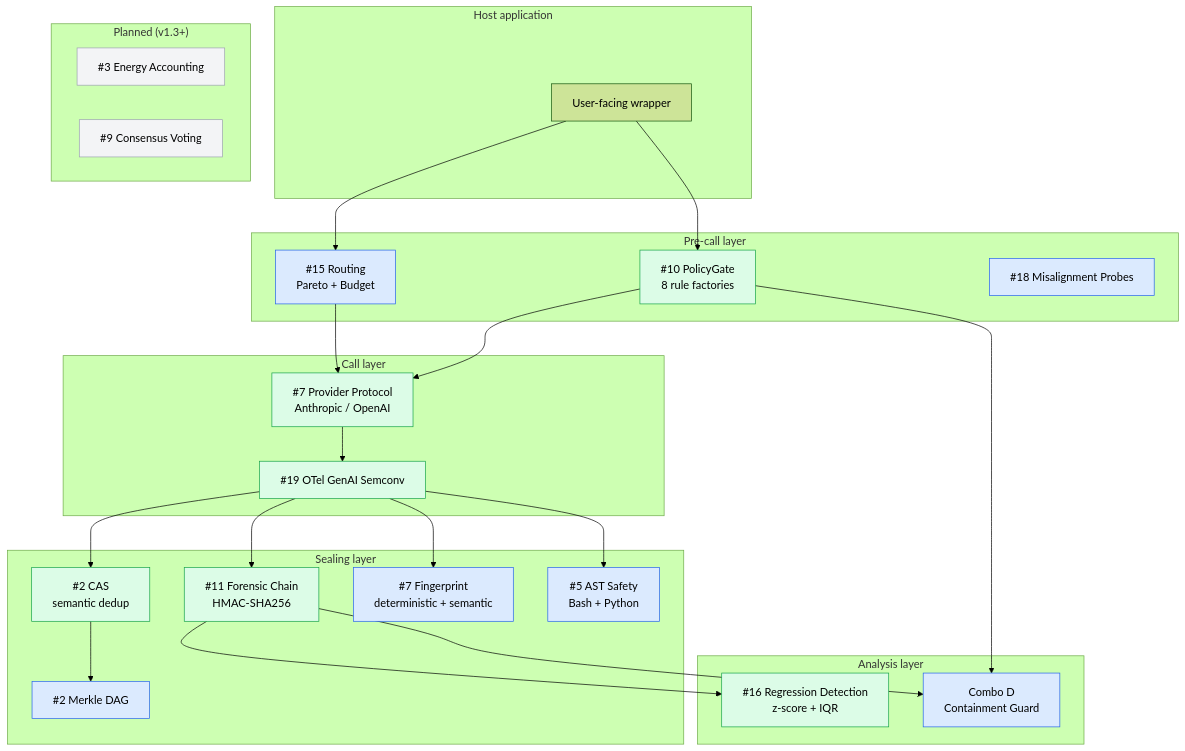
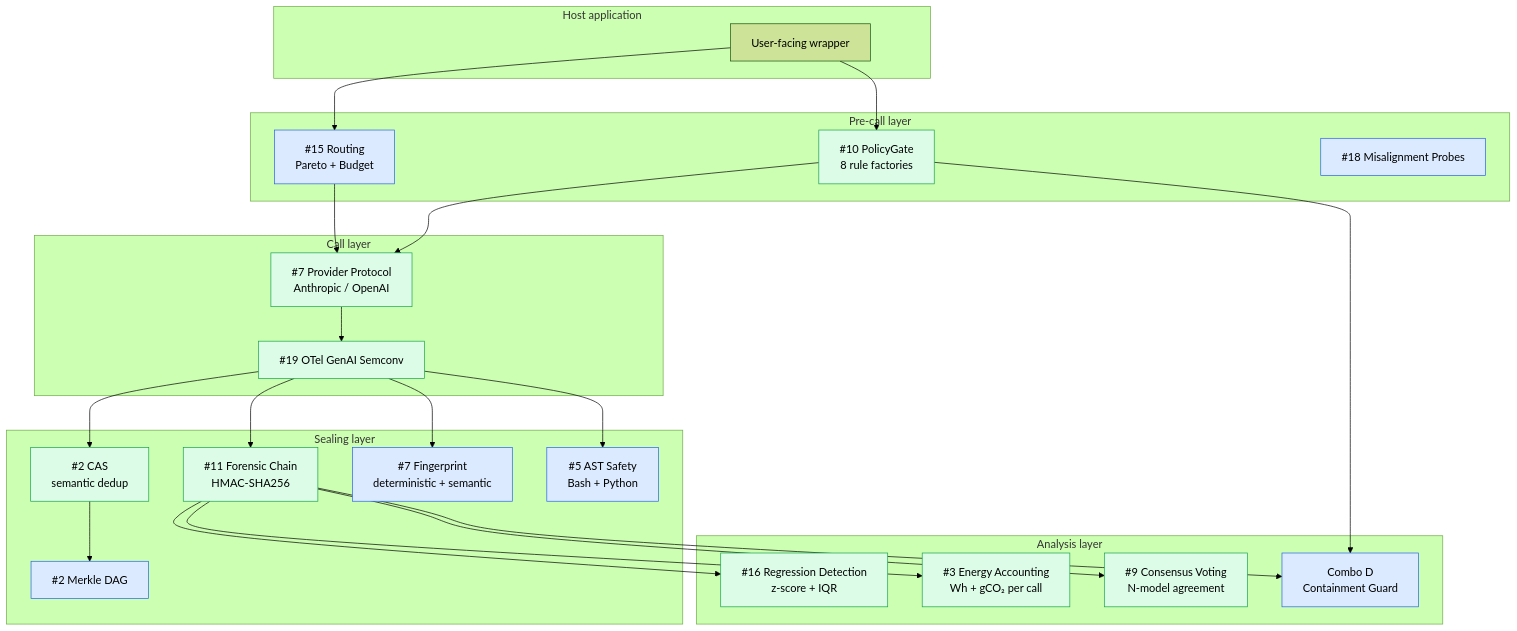
One commit to octavuntila-prog/BIJOTEL changed the fifth of 7 diagrams in ARCHITECTURE.md. Above: the diagram before and after it, drawn with Mermaid (forest theme). The commit also changed other lines of this file and 2 other files, not shown here.

Commit message:
docs: ARCHITECTURE sync (planned→active) + THREAT_MODEL + nav
Closes 3 P0 findings from external analysis review:

1. ARCHITECTURE.md: drop the "Planned (v1.3+)" subgraph. Energy (#3)
   and Consensus (#9) shipped in v1.9.0 and v1.8.0 respectively and
   have been running on GENA since then. Move both into the Analysis
   subgraph with green ("active") styling. Update the legend so the
   "no layer remains in the planned column" claim is visible inline.

2. docs/threat-model.md: new page covering what BIJOTEL protects
   against (post-factum DB tampering, cross-arch portability, silent
   model degradation, prompt injection) and what it does NOT
   (insider with secret, secret leakage, DB deletion, lost spans,
   multi-writer scale ceiling, paraphrase/multimodal attacks, formal
   correctness of agent actions). Includes the BIJOTEL vs
   substrate-guard scope table so the split branding is documented
   on the docs site, not just in CHANGELOG.

3. mkdocs.yml: add Threat Model to nav after Security.

GitHub Release v2.0.6 also created (gh release create) with notes
mirroring the CHANGELOG entry.

Docs-only. No product code, no version bump.

````diff
--- a/ARCHITECTURE.md
+++ b/ARCHITECTURE.md
@@ -176,64 +176,63 @@
 ```mermaid
 graph TB
     subgraph HOST["Host application"]
         UA[User-facing wrapper]
     end
 
     subgraph PRE["Pre-call layer"]
         L10["#10 PolicyGate<br/>8 rule factories"]
         L15["#15 Routing<br/>Pareto + Budget"]
         L18["#18 Misalignment Probes"]
     end
 
     subgraph CALL["Call layer"]
         L7P["#7 Provider Protocol<br/>Anthropic / OpenAI"]
         L19["#19 OTel GenAI Semconv"]
     end
 
     subgraph SEAL["Sealing layer"]
         L11["#11 Forensic Chain<br/>HMAC-SHA256"]
         L2A["#2 CAS<br/>semantic dedup"]
         L2B["#2 Merkle DAG"]
         L7F["#7 Fingerprint<br/>deterministic + semantic"]
         L5["#5 AST Safety<br/>Bash + Python"]
     end
 
     subgraph ANALYZE["Analysis layer"]
         L16["#16 Regression Detection<br/>z-score + IQR"]
+        L3["#3 Energy Accounting<br/>Wh + gCO₂ per call"]
+        L9["#9 Consensus Voting<br/>N-model agreement"]
         D["Combo D<br/>Containment Guard"]
-    end
-
-    subgraph PLANNED["Planned (v1.3+)"]
-        L3["#3 Energy Accounting"]
-        L9["#9 Consensus Voting"]
     end
 
     UA --> L10
     UA --> L15
     L10 --> L7P
     L15 --> L7P
     L7P --> L19
     L19 --> L11
     L19 --> L2A
     L2A --> L2B
     L19 --> L7F
     L19 --> L5
     L11 --> L16
+    L11 --> L3
+    L11 --> L9
     L11 --> D
     L10 --> D
 
     style L10 fill:#dcfce7,stroke:#16a34a
     style L11 fill:#dcfce7,stroke:#16a34a
     style L2A fill:#dcfce7,stroke:#16a34a
     style L2B fill:#dbeafe,stroke:#2563eb
     style L7P fill:#dcfce7,stroke:#16a34a
     style L19 fill:#dcfce7,stroke:#16a34a
     style L16 fill:#dcfce7,stroke:#16a34a
     style L7F fill:#dbeafe,stroke:#2563eb
     style L5 fill:#dbeafe,stroke:#2563eb
     style L15 fill:#dbeafe,stroke:#2563eb
     style L18 fill:#dbeafe,stroke:#2563eb
     style D fill:#dbeafe,stroke:#2563eb
-    style L3 fill:#f3f4f6,stroke:#9ca3af
-    style L9 fill:#f3f4f6,stroke:#9ca3af
+    style L3 fill:#dcfce7,stroke:#16a34a
+    style L9 fill:#dcfce7,stroke:#16a34a
 ```
````
